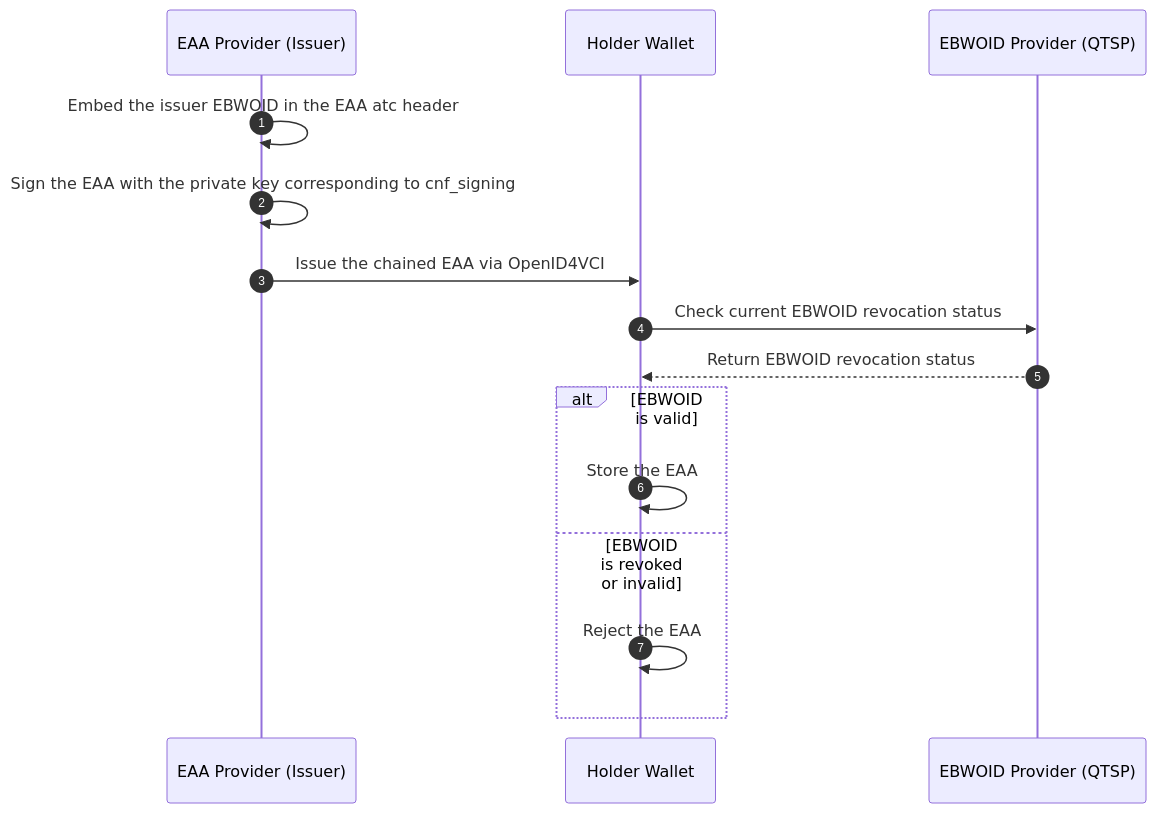
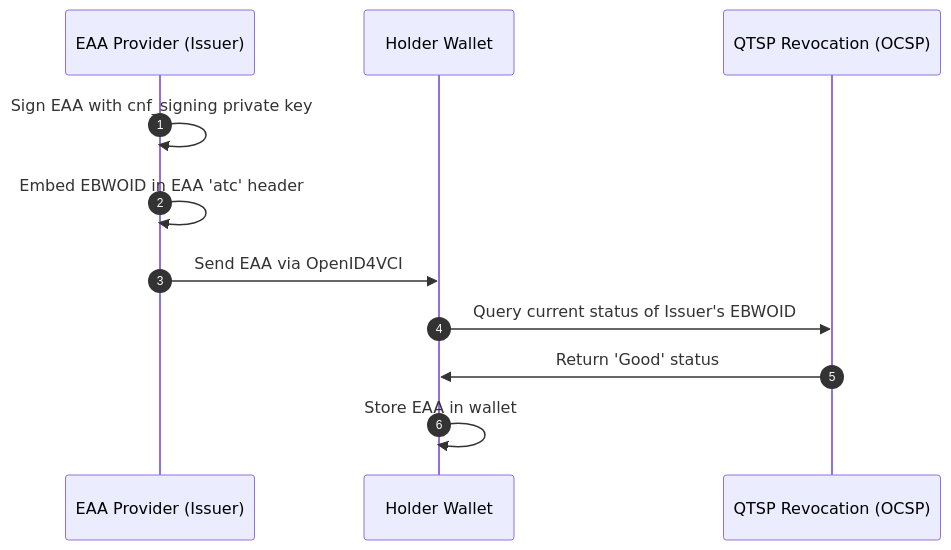
One commit to webuild-consortium/wp4-architecture changed the second of 3 diagrams in conformance-specs/cs-21-attestation-chaining.md. Above: the diagram before and after it, drawn with Mermaid. The commit also changed other lines of this file, not shown here.

````diff
--- a/conformance-specs/cs-21-attestation-chaining.md
+++ b/conformance-specs/cs-21-attestation-chaining.md
@@ -132,17 +118,13 @@
 ```mermaid
 sequenceDiagram
-    participant EAP as EAA Provider (Issuer)
+    autonumber
+    participant IP as EAA Provider (Issuer)
     participant HW as Holder Wallet
-    participant EP as EBWOID Provider (QTSP)
-    autonumber
-    EAP->>EAP: Embed the issuer EBWOID in the EAA atc header
-    EAP->>EAP: Sign the EAA with the private key corresponding to cnf_signing
-    EAP->>HW: Issue the chained EAA via OpenID4VCI
-    HW->>EP: Check current EBWOID revocation status
-    EP-->>HW: Return EBWOID revocation status
-    alt EBWOID is valid
-        HW->>HW: Store the EAA
-    else EBWOID is revoked or invalid
-        HW->>HW: Reject the EAA
-    end
+    participant Q as QTSP Revocation (OCSP)
+    IP->>IP: Sign EAA with cnf_signing private key
+    IP->>IP: Embed EBWOID in EAA 'atc' header
+    IP->>HW: Send EAA via OpenID4VCI
+    HW->>Q: Query current status of Issuer's EBWOID
+    Q->>HW: Return 'Good' status
+    HW->>HW: Store EAA in wallet
 ```
````
